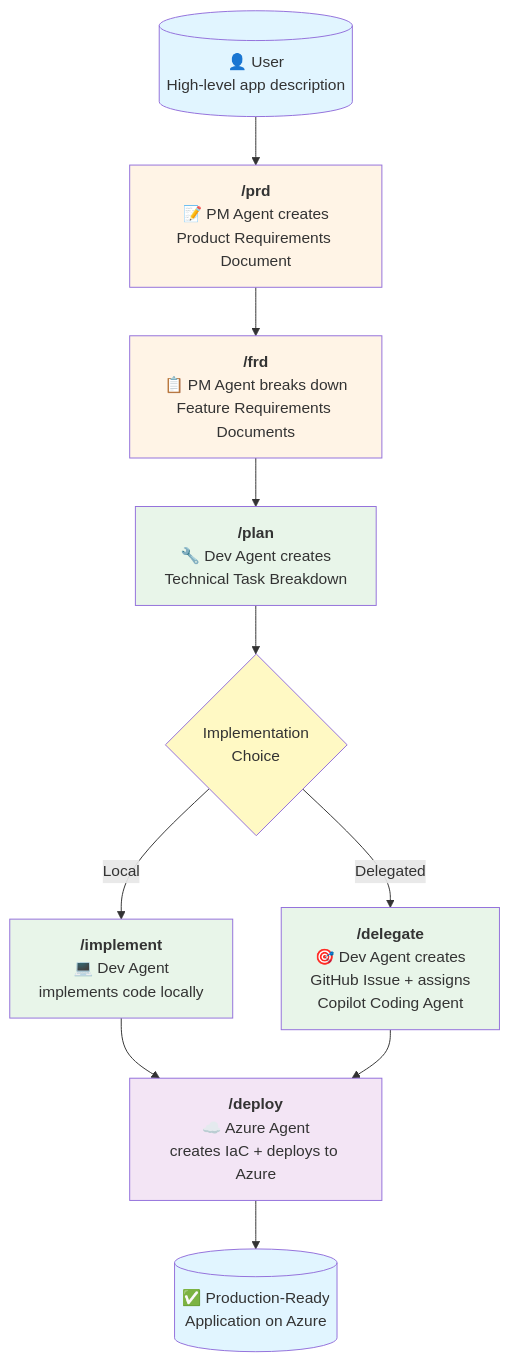
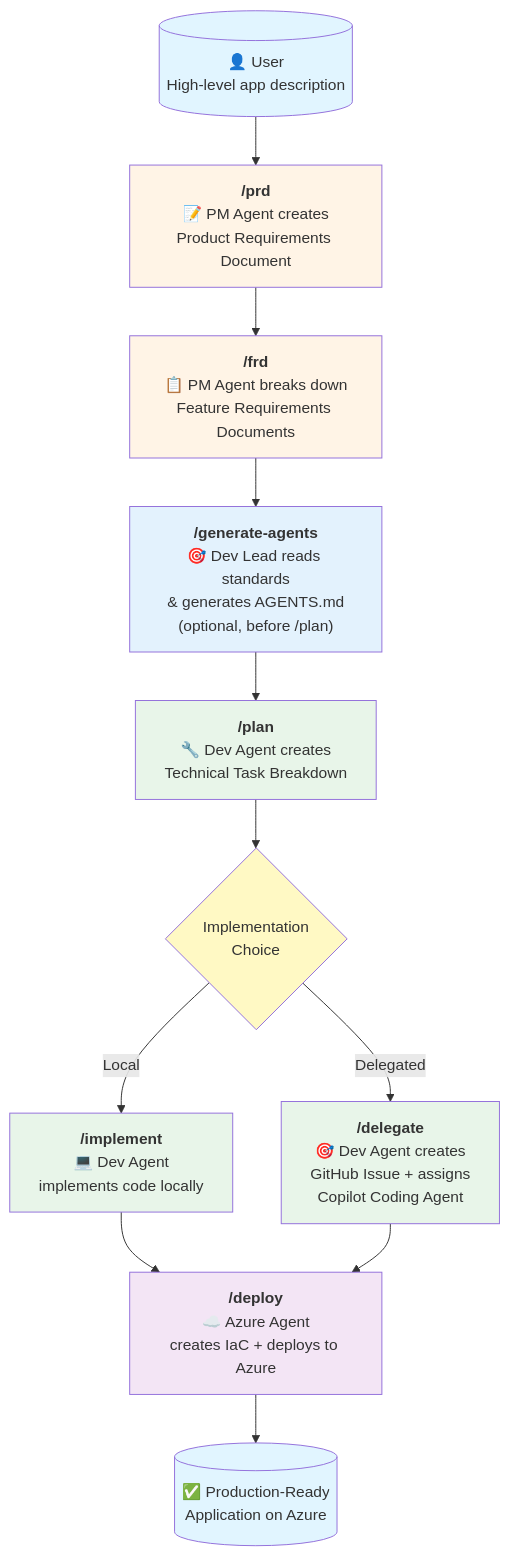
Before and after one commit to EmeaAppGbb/spec2win: the diagram in README.md, drawn with Mermaid. The commit also changed other lines of this file and 6 other files, not shown here.

First line of the commit message:
Update devcontainer, chatmodes, prompts; remove AGENTS.md and document agent generation

````diff
--- a/README.md
+++ b/README.md
@@ -64,32 +72,35 @@
 ```mermaid
 graph TB
     Start[("👤 User<br/>High-level app description")]
     
     Start --> PRD["<b>/prd</b><br/>📝 PM Agent creates<br/>Product Requirements Document"]
     
     PRD --> FRD["<b>/frd</b><br/>📋 PM Agent breaks down<br/>Feature Requirements Documents"]
     
-    FRD --> Plan["<b>/plan</b><br/>🔧 Dev Agent creates<br/>Technical Task Breakdown"]
+    FRD --> GenAgents["<b>/generate-agents</b><br/>🎯 Dev Lead reads standards<br/>& generates AGENTS.md<br/>(optional, before /plan)"]
+    
+    GenAgents --> Plan["<b>/plan</b><br/>🔧 Dev Agent creates<br/>Technical Task Breakdown"]
     
     Plan --> Choice{"Implementation<br/>Choice"}
     
     Choice -->|Local| Implement["<b>/implement</b><br/>💻 Dev Agent<br/>implements code locally"]
     
     Choice -->|Delegated| Delegate["<b>/delegate</b><br/>🎯 Dev Agent creates<br/>GitHub Issue + assigns<br/>Copilot Coding Agent"]
     
     Implement --> Deploy["<b>/deploy</b><br/>☁️ Azure Agent<br/>creates IaC + deploys to Azure"]
     
     Delegate --> Deploy
     
     Deploy --> Done[("✅ Production-Ready<br/>Application on Azure")]
     
     style Start fill:#e1f5ff
     style PRD fill:#fff4e6
     style FRD fill:#fff4e6
+    style GenAgents fill:#e3f2fd
     style Plan fill:#e8f5e9
     style Implement fill:#e8f5e9
     style Delegate fill:#e8f5e9
     style Deploy fill:#f3e5f5
     style Done fill:#e1f5ff
     style Choice fill:#fff9c4
 ```
````
